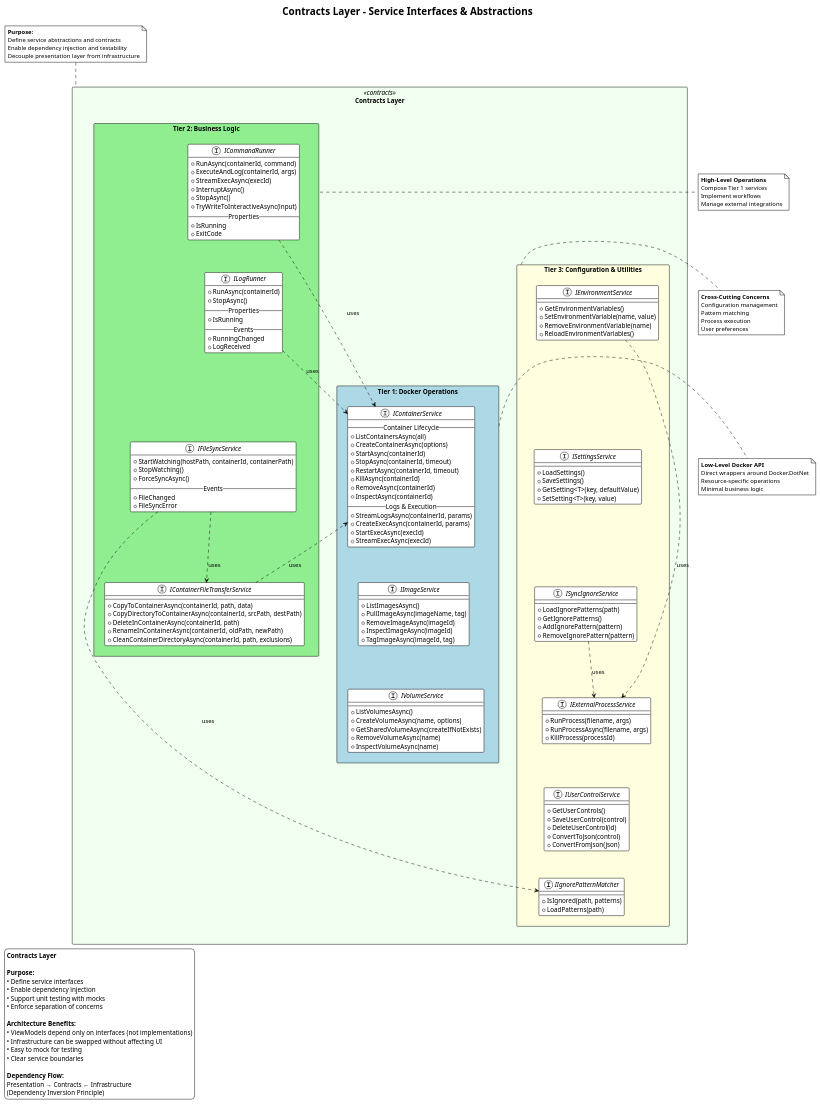
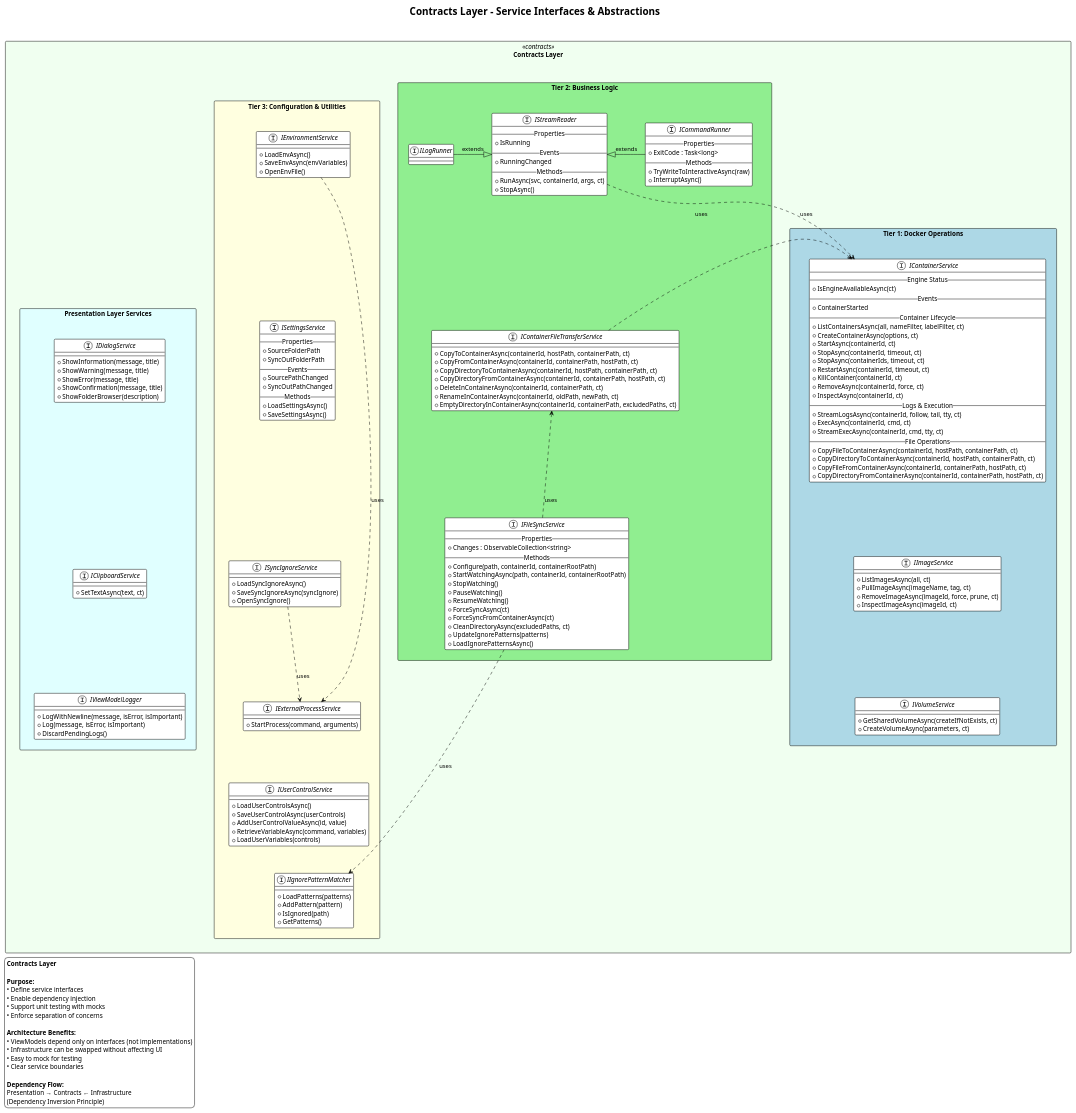
Before and after one commit to ReflexLevel0/DockerBuildboxSystem: the diagram in docs/architecture/detailed/cross-cutting/Contracts-Overview.wsd, drawn with PlantUML. The commit also changed 7 other files, not shown here.

```diff
--- a/docs/architecture/detailed/cross-cutting/Contracts-Overview.wsd
+++ b/docs/architecture/detailed/cross-cutting/Contracts-Overview.wsd
@@ -13,119 +13,155 @@
 
     package "Tier 1: Docker Operations" #LightBlue {
         interface IContainerService {
+            --Engine Status--
+            + IsEngineAvailableAsync(ct)
+            --Events--
+            + ContainerStarted
             --Container Lifecycle--
-            + ListContainersAsync(all)
-            + CreateContainerAsync(options)
-            + StartAsync(containerId)
-            + StopAsync(containerId, timeout)
-            + RestartAsync(containerId, timeout)
-            + KillAsync(containerId)
-            + RemoveAsync(containerId)
-            + InspectAsync(containerId)
+            + ListContainersAsync(all, nameFilter, labelFilter, ct)
+            + CreateContainerAsync(options, ct)
+            + StartAsync(containerId, ct)
+            + StopAsync(containerId, timeout, ct)
+            + StopAsync(containerIds, timeout, ct)
+            + RestartAsync(containerId, timeout, ct)
+            + KillContainer(containerId, ct)
+            + RemoveAsync(containerId, force, ct)
+            + InspectAsync(containerId, ct)
             --Logs & Execution--
-            + StreamLogsAsync(containerId, params)
-            + CreateExecAsync(containerId, params)
-            + StartExecAsync(execId)
-            + StreamExecAsync(execId)
+            + StreamLogsAsync(containerId, follow, tail, tty, ct)
+            + ExecAsync(containerId, cmd, ct)
+            + StreamExecAsync(containerId, cmd, tty, ct)
+            --File Operations--
+            + CopyFileToContainerAsync(containerId, hostPath, containerPath, ct)
+            + CopyDirectoryToContainerAsync(containerId, hostPath, containerPath, ct)
+            + CopyFileFromContainerAsync(containerId, containerPath, hostPath, ct)
+            + CopyDirectoryFromContainerAsync(containerId, containerPath, hostPath, ct)
         }
 
         interface IImageService {
-            + ListImagesAsync()
-            + PullImageAsync(imageName, tag)
-            + RemoveImageAsync(imageId)
-            + InspectImageAsync(imageId)
-            + TagImageAsync(imageId, tag)
+            + ListImagesAsync(all, ct)
+            + PullImageAsync(imageName, tag, ct)
+            + RemoveImageAsync(imageId, force, prune, ct)
+            + InspectImageAsync(imageId, ct)
         }
 
         interface IVolumeService {
-            + ListVolumesAsync()
-            + CreateVolumeAsync(name, options)
-            + GetSharedVolumeAsync(createIfNotExists)
-            + RemoveVolumeAsync(name)
-            + InspectVolumeAsync(name)
+            + GetSharedVolumeAsync(createIfNotExists, ct)
+            + CreateVolumeAsync(parameters, ct)
         }
     }
 
     package "Tier 2: Business Logic" #LightGreen {
-        interface IContainerFileTransferService {
-            + CopyToContainerAsync(containerId, path, data)
-            + CopyDirectoryToContainerAsync(containerId, srcPath, destPath)
-            + DeleteInContainerAsync(containerId, path)
-            + RenameInContainerAsync(containerId, oldPath, newPath)
-            + CleanContainerDirectoryAsync(containerId, path, exclusions)
-        }
-
-        interface IFileSyncService {
-            + StartWatching(hostPath, containerId, containerPath)
-            + StopWatching()
-            + ForceSyncAsync()
-            --Events--
-            + FileChanged
-            + FileSyncError
-        }
-
-        interface ICommandRunner {
-            + RunAsync(containerId, command)
-            + ExecuteAndLog(containerId, args)
-            + StreamExecAsync(execId)
-            + InterruptAsync()
-            + StopAsync()
-            + TryWriteToInteractiveAsync(input)
-            --Properties--
-            + IsRunning
-            + ExitCode
-        }
-
-        interface ILogRunner {
-            + RunAsync(containerId)
-            + StopAsync()
+        interface IStreamReader {
             --Properties--
             + IsRunning
             --Events--
             + RunningChanged
-            + LogReceived
+            --Methods--
+            + RunAsync(svc, containerId, args, ct)
+            + StopAsync()
+        }
+
+        interface IContainerFileTransferService {
+            + CopyToContainerAsync(containerId, hostPath, containerPath, ct)
+            + CopyFromContainerAsync(containerId, containerPath, hostPath, ct)
+            + CopyDirectoryToContainerAsync(containerId, hostPath, containerPath, ct)
+            + CopyDirectoryFromContainerAsync(containerId, containerPath, hostPath, ct)
+            + DeleteInContainerAsync(containerId, containerPath, ct)
+            + RenameInContainerAsync(containerId, oldPath, newPath, ct)
+            + EmptyDirectoryInContainerAsync(containerId, containerPath, excludedPaths, ct)
+        }
+
+        interface IFileSyncService {
+            --Properties--
+            + Changes : ObservableCollection<string>
+            --Methods--
+            + Configure(path, containerId, containerRootPath)
+            + StartWatchingAsync(path, containerId, containerRootPath)
+            + StopWatching()
+            + PauseWatching()
+            + ResumeWatching()
+            + ForceSyncAsync(ct)
+            + ForceSyncFromContainerAsync(ct)
+            + CleanDirectoryAsync(excludedPaths, ct)
+            + UpdateIgnorePatterns(patterns)
+            + LoadIgnorePatternsAsync()
+        }
+
+        interface ICommandRunner {
+            --Properties--
+            + ExitCode : Task<long>
+            --Methods--
+            + TryWriteToInteractiveAsync(raw)
+            + InterruptAsync()
+        }
+
+        interface ILogRunner {
         }
     }
 
     package "Tier 3: Configuration & Utilities" #LightYellow {
         interface IEnvironmentService {
-            + GetEnvironmentVariables()
-            + SetEnvironmentVariable(name, value)
-            + RemoveEnvironmentVariable(name)
-            + ReloadEnvironmentVariables()
+            + LoadEnvAsync()
+            + SaveEnvAsync(envVariables)
+            + OpenEnvFile()
         }
 
         interface ISettingsService {
-            + LoadSettings()
-            + SaveSettings()
-            + GetSetting<T>(key, defaultValue)
-            + SetSetting<T>(key, value)
+            --Properties--
+            + SourceFolderPath
+            + SyncOutFolderPath
+            --Events--
+            + SourcePathChanged
+            + SyncOutPathChanged
+            --Methods--
+            + LoadSettingsAsync()
+            + SaveSettingsAsync()
         }
 
         interface ISyncIgnoreService {
-            + LoadIgnorePatterns(path)
-            + GetIgnorePatterns()
-            + AddIgnorePattern(pattern)
-            + RemoveIgnorePattern(pattern)
+            + LoadSyncIgnoreAsync()
+            + SaveSyncIgnoreAsync(syncIgnore)
+            + OpenSyncIgnore()
         }
 
         interface IExternalProcessService {
-            + RunProcess(filename, args)
-            + RunProcessAsync(filename, args)
-            + KillProcess(processId)
+            + StartProcess(command, arguments)
         }
 
         interface IUserControlService {
-            + GetUserControls()
-            + SaveUserControl(control)
-            + DeleteUserControl(id)
-            + ConvertToJson(control)
-            + ConvertFromJson(json)
+            + LoadUserControlsAsync()
+            + SaveUserControlAsync(userControls)
+            + AddUserControlValueAsync(id, value)
+            + RetrieveVariableAsync(command, variables)
+            + LoadUserVariables(controls)
         }
 
         interface IIgnorePatternMatcher {
-            + IsIgnored(path, patterns)
-            + LoadPatterns(path)
+            + LoadPatterns(patterns)
+            + AddPattern(pattern)
+            + IsIgnored(path)
+            + GetPatterns()
+        }
+    }
+
+    package "Presentation Layer Services" #LightCyan {
+        interface IDialogService {
+            + ShowInformation(message, title)
+            + ShowWarning(message, title)
+            + ShowError(message, title)
+            + ShowConfirmation(message, title)
+            + ShowFolderBrowser(description)
+        }
+
+        interface IClipboardService {
+            + SetTextAsync(text, ct)
+        }
+
+        interface IViewModelLogger {
+            + LogWithNewline(message, isError, isImportant)
+            + Log(message, isError, isImportant)
+            + DiscardPendingLogs()
         }
     }
 }
@@ -138,9 +174,12 @@
 IContainerService -[hidden]down-> IImageService
 IImageService -[hidden]down-> IVolumeService
 
-ICommandRunner -[hidden]down-> ILogRunner
-ILogRunner -[hidden]down-> IFileSyncService
-IFileSyncService -[hidden]down-> IContainerFileTransferService
+IStreamReader -[hidden]down-> IContainerFileTransferService
+IContainerFileTransferService -[hidden]down-> IFileSyncService
+
+
+ICommandRunner -[hidden]right-> IStreamReader
+ILogRunner -[hidden]right-> IStreamReader
 
 IEnvironmentService -[hidden]down-> ISettingsService
 ISettingsService -[hidden]down-> ISyncIgnoreService
@@ -148,51 +187,26 @@
 IExternalProcessService -[hidden]down-> IUserControlService
 IUserControlService -[hidden]down-> IIgnorePatternMatcher
 
-' Tier relationships
-"Tier 1: Docker Operations" -[hidden]down-> "Tier 2: Business Logic"
-"Tier 2: Business Logic" -[hidden]down-> "Tier 3: Configuration & Utilities"
+IDialogService -[hidden]down-> IClipboardService
+IClipboardService -[hidden]down-> IViewModelLogger
+
+' Tier relationships - horizontal layout (left to right)
+"Tier 1: Docker Operations" -[hidden]right-> "Tier 2: Business Logic"
+"Tier 2: Business Logic" -[hidden]right-> "Tier 3: Configuration & Utilities"
+"Tier 3: Configuration & Utilities" -[hidden]down-> "Presentation Layer Services"
+
+' Inheritance relationships
+IStreamReader <|-- ICommandRunner : extends
+IStreamReader <|-- ILogRunner : extends
 
 ' Key cross-tier dependencies
 IFileSyncService ..> IContainerFileTransferService : uses
 IContainerFileTransferService ..> IContainerService : uses
 IFileSyncService ..> IIgnorePatternMatcher : uses
-ICommandRunner ..> IContainerService : uses
-ILogRunner ..> IContainerService : uses
+IStreamReader ..> IContainerService : uses
 IEnvironmentService ..> IExternalProcessService : uses
 ISyncIgnoreService ..> IExternalProcessService : uses
 
-' ====================================================================
-' NOTES
-' ====================================================================
-
-note top of "Contracts Layer"
-    <b>Purpose:</b>
-    Define service abstractions and contracts
-    Enable dependency injection and testability
-    Decouple presentation layer from infrastructure
-end note
-
-note right of "Tier 1: Docker Operations"
-    <b>Low-Level Docker API</b>
-    Direct wrappers around Docker.DotNet
-    Resource-specific operations
-    Minimal business logic
-end note
-
-note right of "Tier 2: Business Logic"
-    <b>High-Level Operations</b>
-    Compose Tier 1 services
-    Implement workflows
-    Manage external integrations
-end note
-
-note right of "Tier 3: Configuration & Utilities"
-    <b>Cross-Cutting Concerns</b>
-    Configuration management
-    Pattern matching
-    Process execution
-    User preferences
-end note
 
 ' ====================================================================
 ' LEGEND
```
